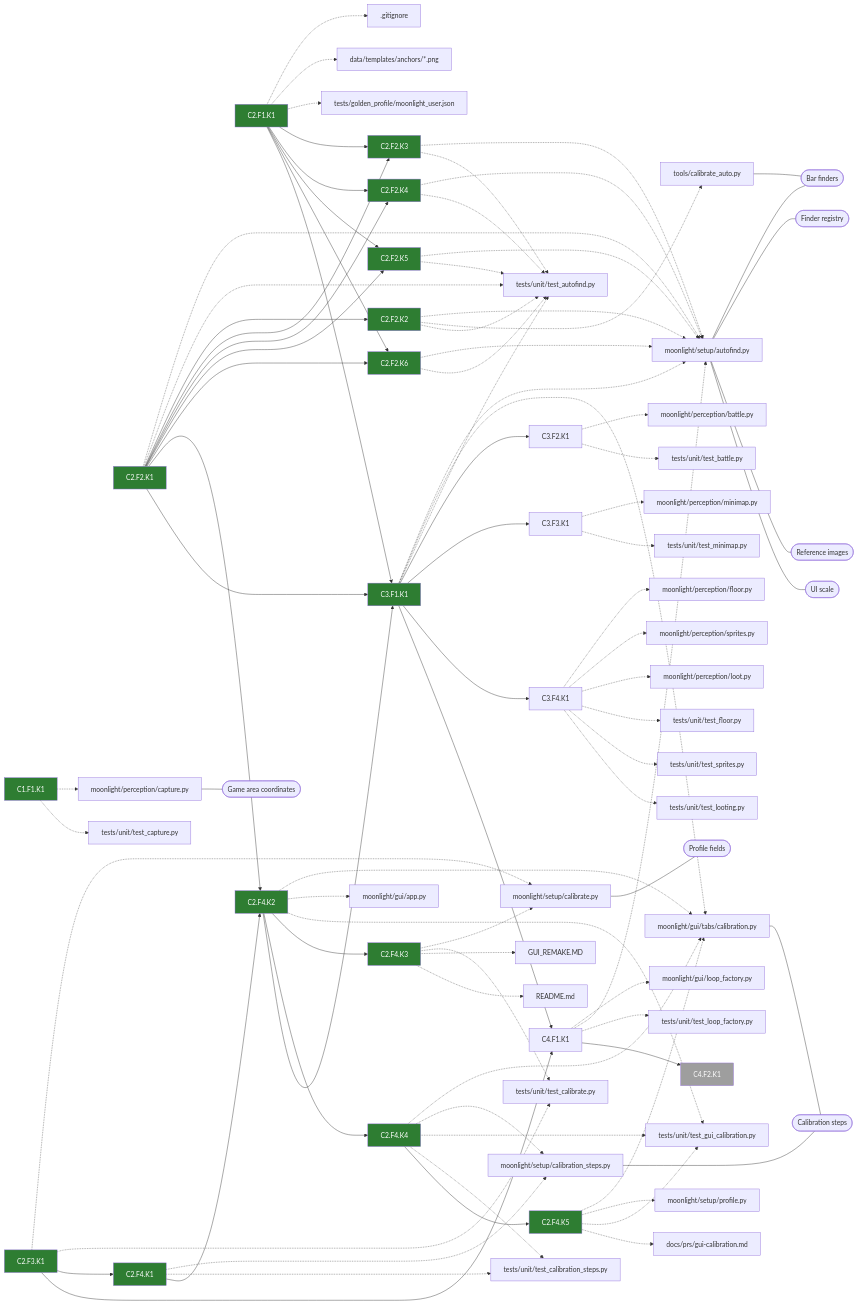
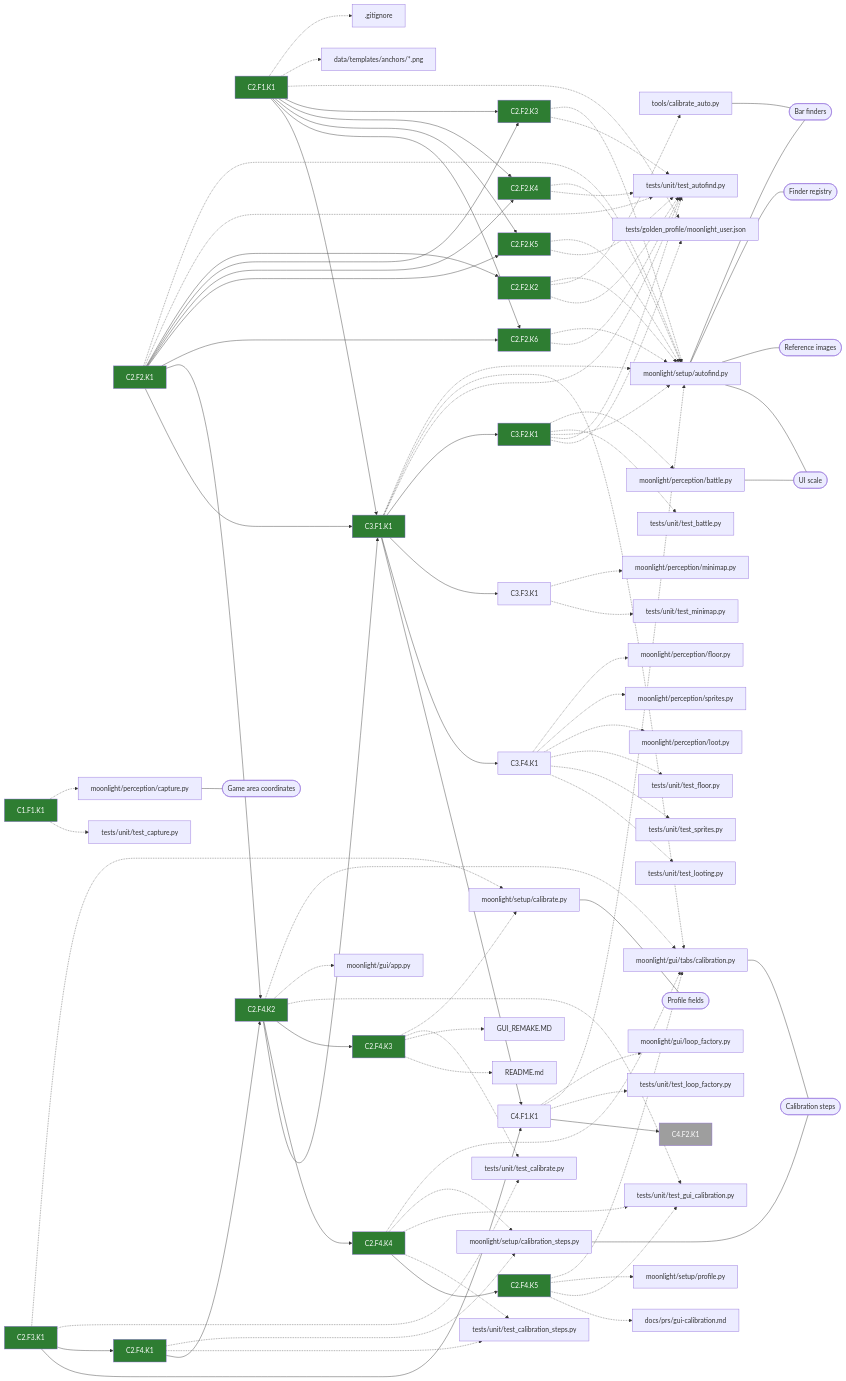
The diagram in docs/prs/gui-calibration.md (Mascotte33/Moonlight), drawn with Mermaid before and after one commit. The commit also changed 6 other files, not shown here.

```diff
--- a/docs/prs/gui-calibration.md
+++ b/docs/prs/gui-calibration.md
@@ -86,7 +86,7 @@
   t12["C2.F4.K4"]:::done
   t13["C2.F4.K5"]:::done
   t14["C3.F1.K1"]:::done
-  t15["C3.F2.K1"]
+  t15["C3.F2.K1"]:::done
   t16["C3.F3.K1"]
   t17["C3.F4.K1"]
   t18["C4.F1.K1"]
@@ -190,6 +190,9 @@
   t14 --> t15
   t15 -.-> f8
   t15 -.-> f20
+  t15 -.-> f14
+  t15 -.-> f19
+  t15 -.-> f18
   t14 --> t16
   t16 -.-> f12
   t16 -.-> f28
@@ -207,6 +210,7 @@
   t18 -.-> f26
   t18 --> t19
   f7 --- c1
+  f8 --- c6
   f9 --- c3
   f14 --- c0
   f14 --- c2
```
